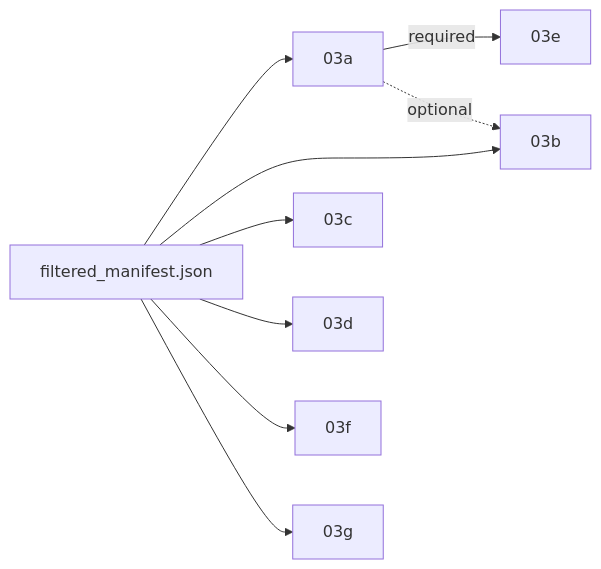
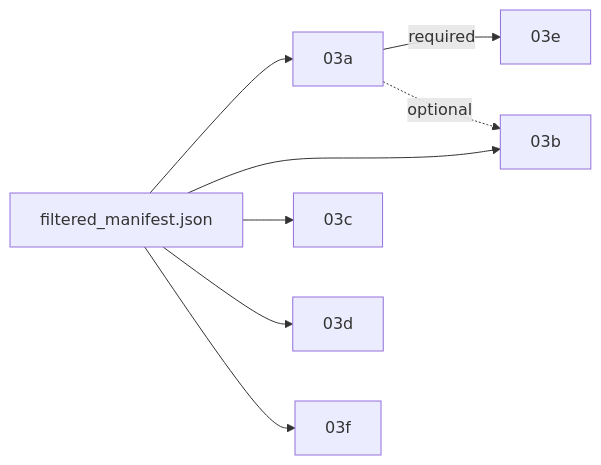
Before and after one commit to yelouis/social_robotics: the diagram in docs/03_social_layer_architecture.md, drawn with Mermaid. The commit also changed other lines of this file and 10 other files, not shown here.

````diff
--- a/docs/03_social_layer_architecture.md
+++ b/docs/03_social_layer_architecture.md
@@ -50,11 +49,10 @@
 ```mermaid
 graph LR
     M["filtered_manifest.json"] --> 03a
     M --> 03b
     M --> 03c
     M --> 03d
     M --> 03f
-    M --> 03g
     03a -->|required| 03e
     03a -.->|optional| 03b
 ```
````
